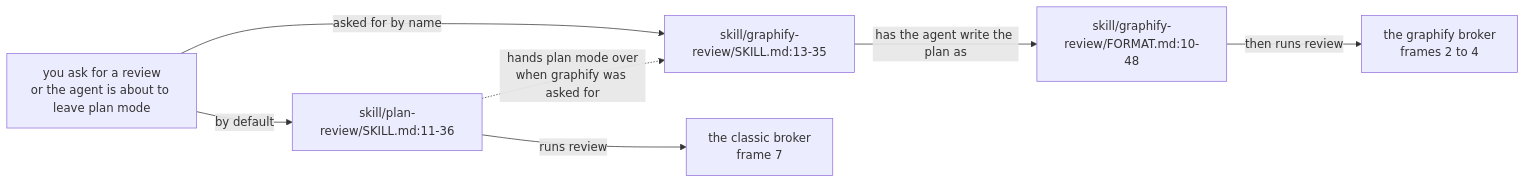
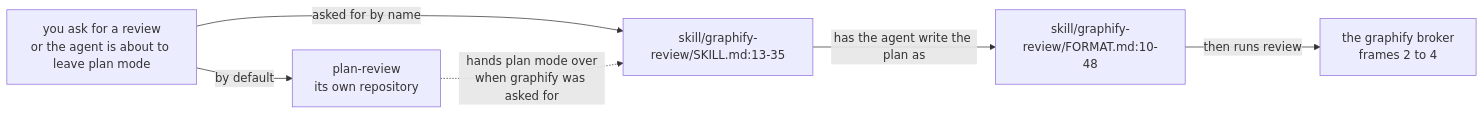
The first of 8 diagrams in ARCHITECTURE.md (shyamalaravind/graphify-review), drawn with Mermaid before and after one commit. The commit also changed other lines of this file and 8 other files, not shown here.

First line of the commit message:
Split graphify-review out of plan-review into a repository of its own

````diff
--- a/ARCHITECTURE.md
+++ b/ARCHITECTURE.md
@@ -33,15 +29,13 @@
 ```mermaid
 flowchart LR
   ASK["you ask for a review<br/>or the agent is about to leave plan mode"]
-  PRS["skill/plan-review/SKILL.md:11-36"]
+  PRS["plan-review<br/>its own repository"]
   GRS["skill/graphify-review/SKILL.md:13-35"]
   FMT["skill/graphify-review/FORMAT.md:10-48"]
-  PB["the classic broker<br/>frame 7"]
   GB["the graphify broker<br/>frames 2 to 4"]
   ASK -->|"by default"| PRS
   ASK -->|"asked for by name"| GRS
   PRS -.->|"hands plan mode over<br/>when graphify was asked for"| GRS
   GRS -->|"has the agent write the plan as"| FMT
-  PRS -->|"runs review"| PB
   FMT -->|"then runs review"| GB
 ```
````
